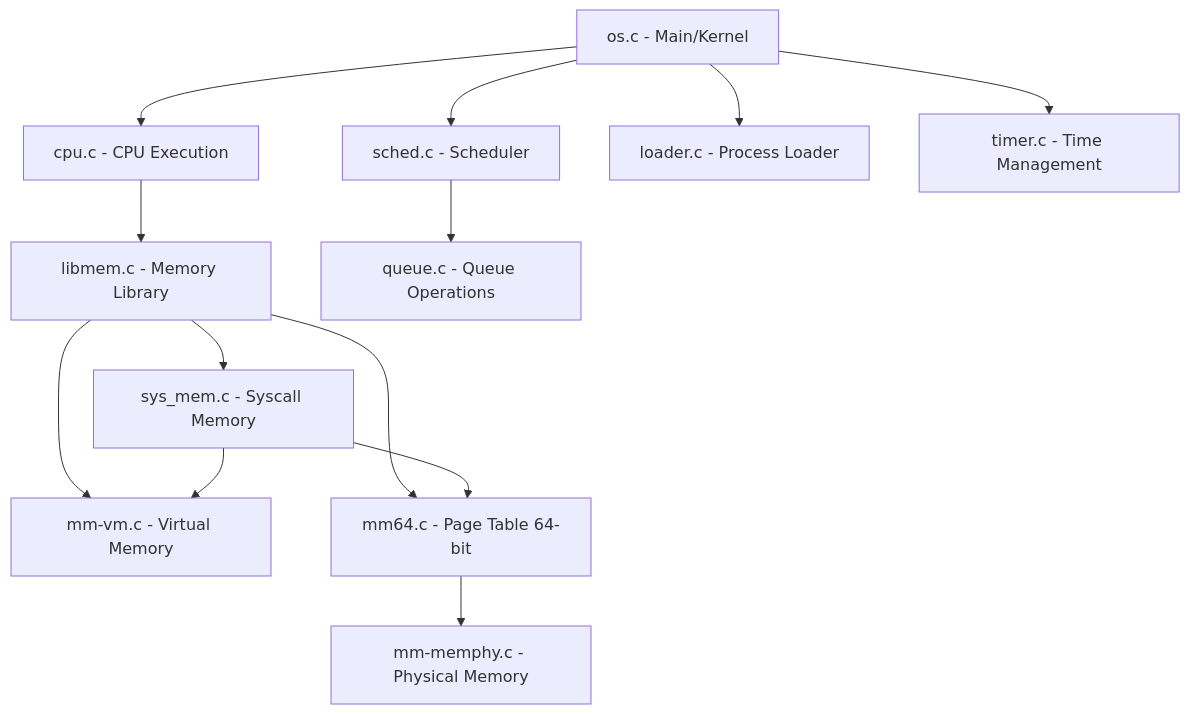
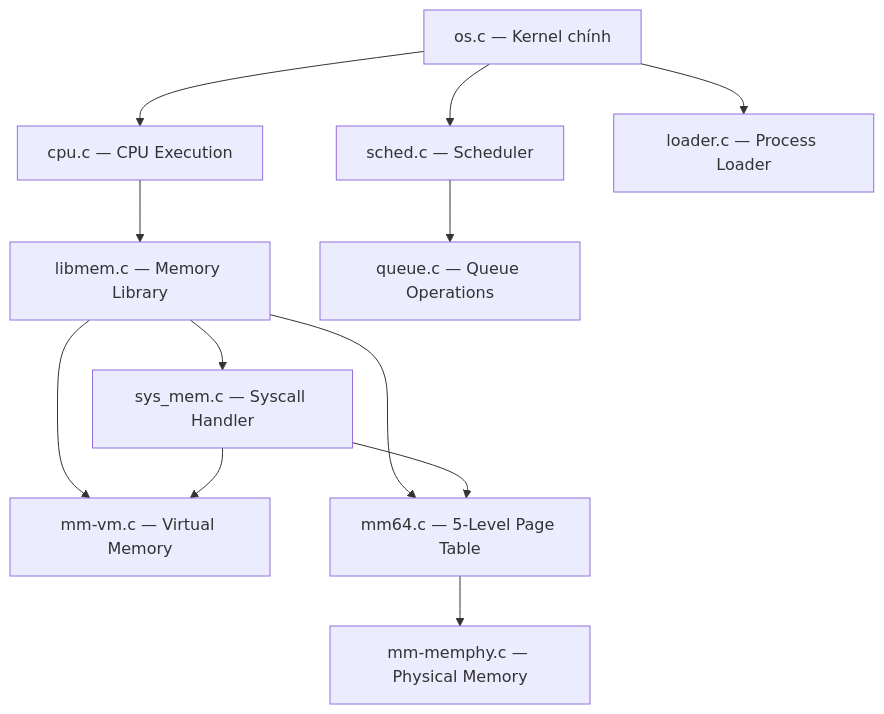
One commit to nguyenphuc24/os_0 changed the first of 3 diagrams in project_documentation.md. Above: the diagram before and after it, drawn with Mermaid. The commit also changed other lines of this file, not shown here.

````diff
--- a/project_documentation.md
+++ b/project_documentation.md
@@ -15,15 +16,14 @@
 ```mermaid
 graph TD
-    A[os.c - Main/Kernel] --> B[cpu.c - CPU Execution]
-    A --> C[sched.c - Scheduler]
-    A --> D[loader.c - Process Loader]
-    A --> E[timer.c - Time Management]
-    B --> F[libmem.c - Memory Library]
-    F --> G[mm-vm.c - Virtual Memory]
-    F --> H[mm64.c - Page Table 64-bit]
-    H --> I[mm-memphy.c - Physical Memory]
-    F --> J[sys_mem.c - Syscall Memory]
+    A["os.c — Kernel chính"] --> B["cpu.c — CPU Execution"]
+    A --> C["sched.c — Scheduler"]
+    A --> D["loader.c — Process Loader"]
+    B --> F["libmem.c — Memory Library"]
+    F --> G["mm-vm.c — Virtual Memory"]
+    F --> H["mm64.c — 5-Level Page Table"]
+    H --> I["mm-memphy.c — Physical Memory"]
+    F --> J["sys_mem.c — Syscall Handler"]
     J --> G
     J --> H
-    C --> K[queue.c - Queue Operations]
+    C --> K["queue.c — Queue Operations"]
 ```
````
